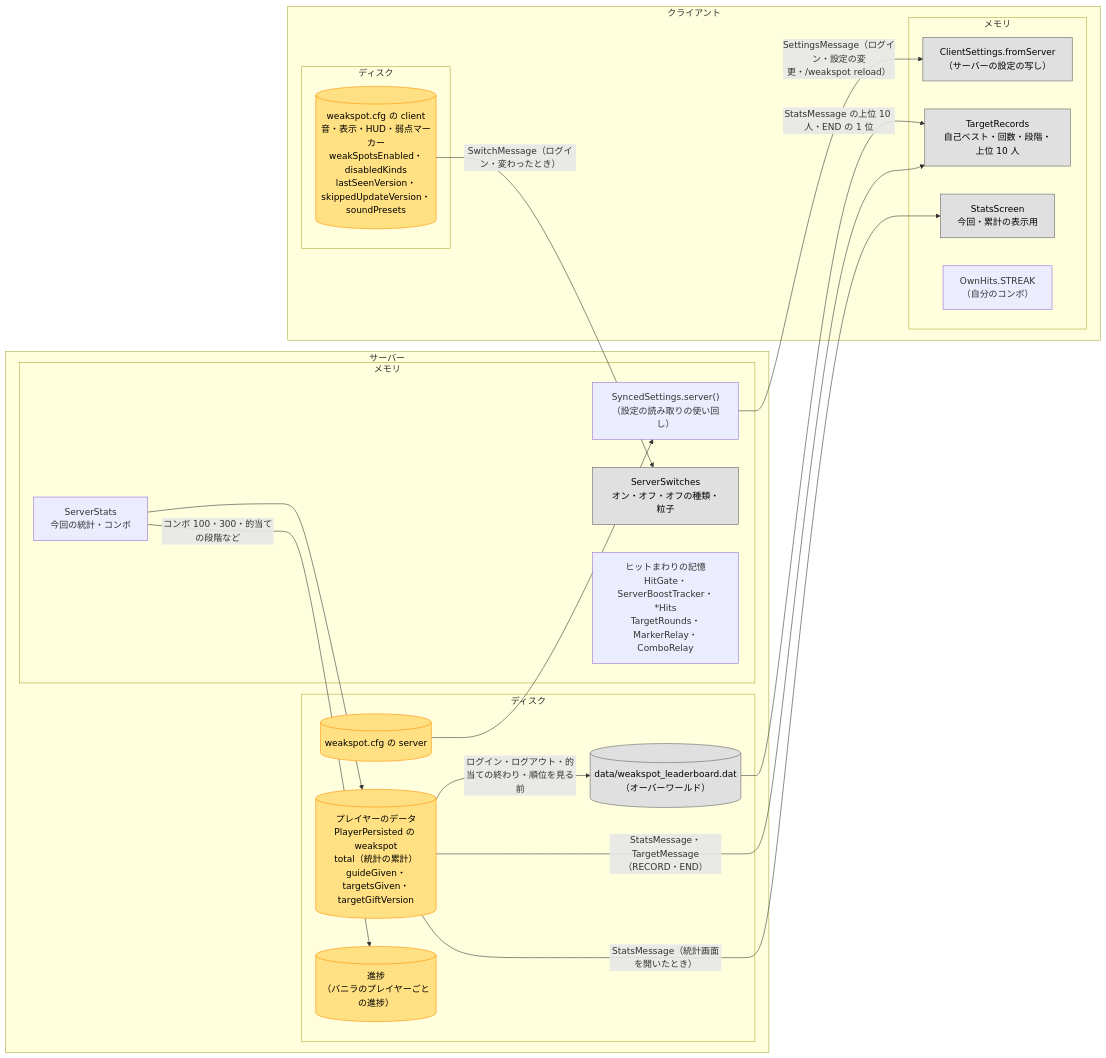
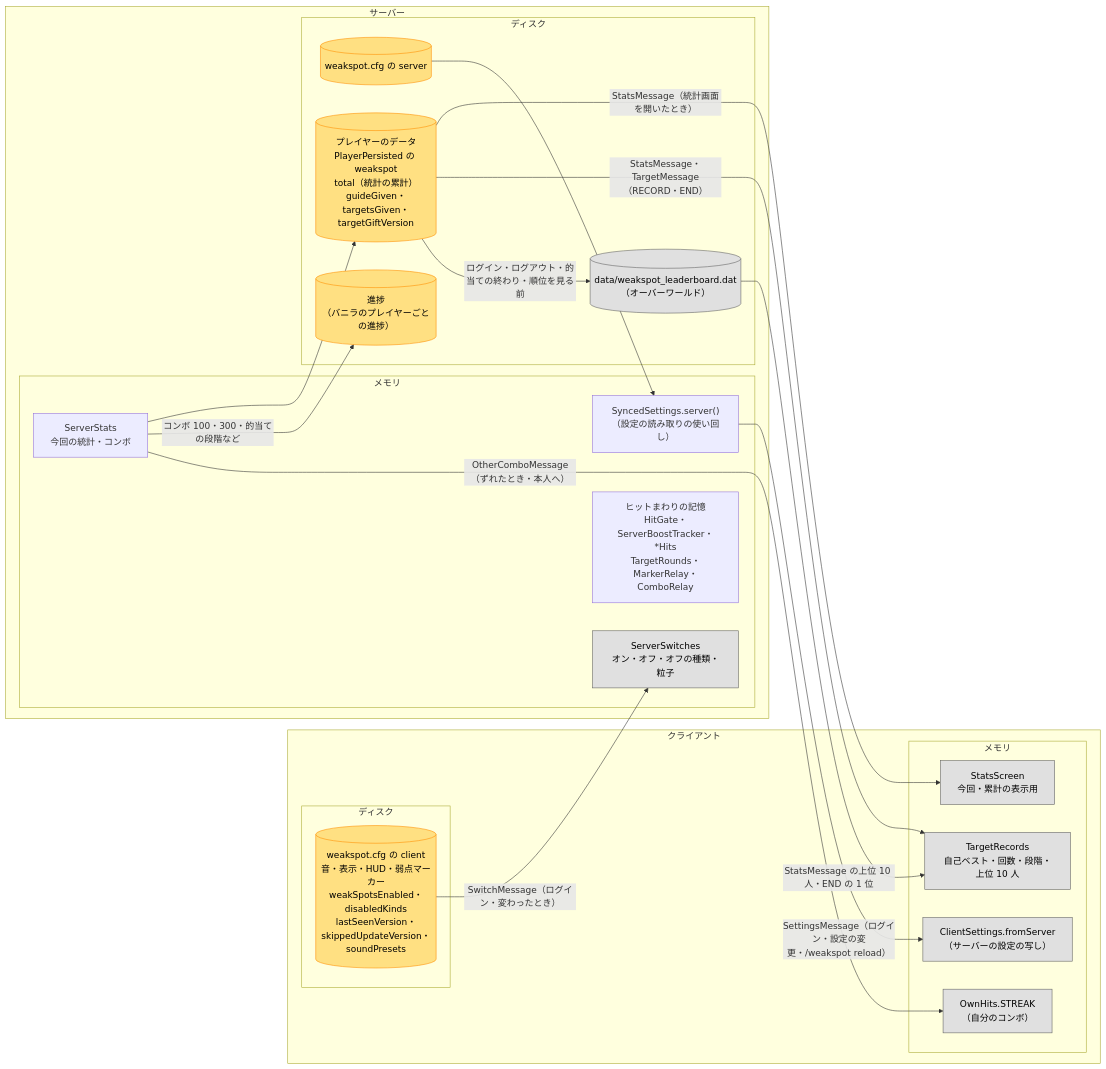
Before and after one commit to zeusisgood/weakspot: the diagram in doc/diagrams/04-data.md, drawn with Mermaid. The commit also changed 3 other files, not shown here.

First line of the commit message:
図にコンボの直しを反映し、コードを変えたら文書も同じ PR で直す約束を CLAUDE.md に

````diff
--- a/doc/diagrams/04-data.md
+++ b/doc/diagrams/04-data.md
@@ -7,44 +7,45 @@
 ```mermaid
 flowchart LR
     subgraph CL["クライアント"]
         subgraph CLM["メモリ"]
             CS["ClientSettings.fromServer<br/>（サーバーの設定の写し）"]
             CTR["TargetRecords<br/>自己ベスト・回数・段階・上位 10 人"]
             CSTAT["StatsScreen<br/>今回・累計の表示用"]
             CSTR["OwnHits.STREAK<br/>（自分のコンボ）"]
         end
         subgraph CLD["ディスク"]
             CCFG[("weakspot.cfg の client<br/>音・表示・HUD・弱点マーカー<br/>weakSpotsEnabled・disabledKinds<br/>lastSeenVersion・skippedUpdateVersion・soundPresets")]
         end
     end
 
     subgraph SV["サーバー"]
         subgraph SVM["メモリ"]
             SSET["SyncedSettings.server()<br/>（設定の読み取りの使い回し）"]
             SSW["ServerSwitches<br/>オン・オフ・オフの種類・粒子"]
             SSES["ServerStats<br/>今回の統計・コンボ"]
             SMEM["ヒットまわりの記憶<br/>HitGate・ServerBoostTracker・*Hits<br/>TargetRounds・MarkerRelay・ComboRelay"]
         end
         subgraph SVD["ディスク"]
             SCFG[("weakspot.cfg の server")]
             PNBT[("プレイヤーのデータ<br/>PlayerPersisted の weakspot<br/>total（統計の累計）<br/>guideGiven・targetsGiven・targetGiftVersion")]
             LB[("data/weakspot_leaderboard.dat<br/>（オーバーワールド）")]
             ADV[("進捗<br/>（バニラのプレイヤーごとの進捗）")]
         end
     end
 
     SCFG --> SSET
     SSET -->|"SettingsMessage（ログイン・設定の変更・/weakspot reload）"| CS
     CCFG -->|"SwitchMessage（ログイン・変わったとき）"| SSW
     PNBT -->|"StatsMessage（統計画面を開いたとき）"| CSTAT
     PNBT -->|"StatsMessage・TargetMessage（RECORD・END）"| CTR
     LB -->|"StatsMessage の上位 10 人・END の 1 位"| CTR
     SSES --> PNBT
     PNBT -->|"ログイン・ログアウト・的当ての終わり・順位を見る前"| LB
     SSES -->|"コンボ 100・300・的当ての段階など"| ADV
+    SSES -->|"OtherComboMessage（ずれたとき・本人へ）"| CSTR
 
     classDef truth fill:#FFE082,stroke:#FF8F00,color:#000000
     classDef copy fill:#E0E0E0,stroke:#616161,color:#000000
     class SCFG,CCFG,PNBT,ADV truth
-    class CS,CTR,CSTAT,SSW,LB copy
+    class CS,CTR,CSTAT,SSW,LB,CSTR copy
 ```
````
